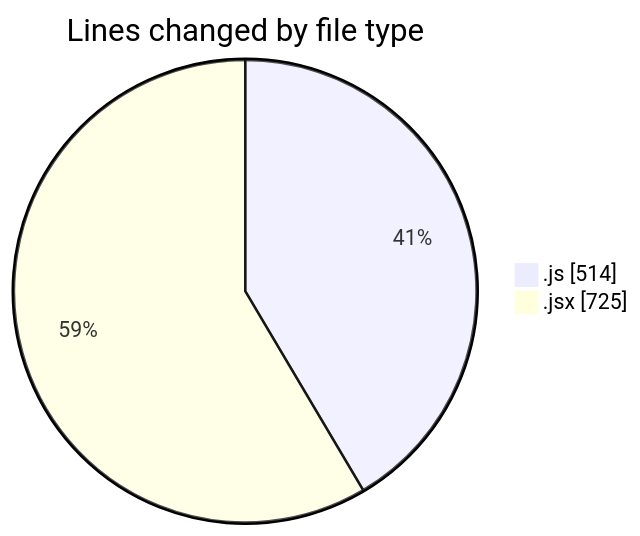
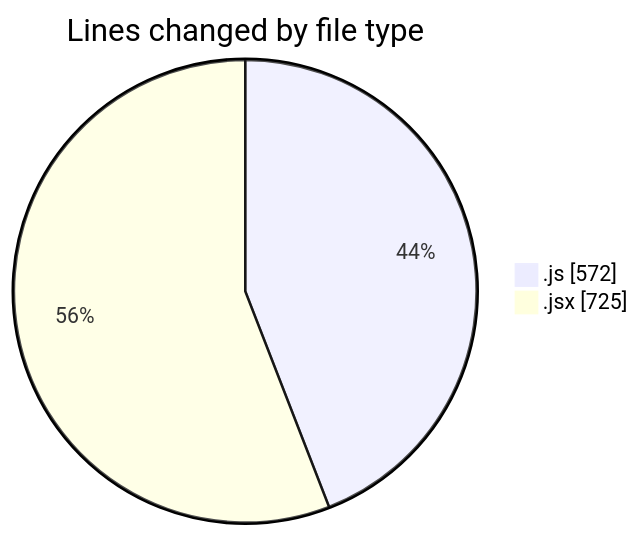
The first of 2 diagrams in 2025-05-29/nxtqube_webapp/README.md (nxtqubesakshisongat/code-tracking), drawn with Mermaid before and after one commit. The commit also changed other lines of this file and 1 other file, not shown here.

````diff
--- a/2025-05-29/nxtqube_webapp/README.md
+++ b/2025-05-29/nxtqube_webapp/README.md
@@ -30,6 +32,6 @@
 ```mermaid
 pie showData
 title Lines changed by file type
-".js" : 514
+".js" : 572
 ".jsx" : 725
 ```
````
